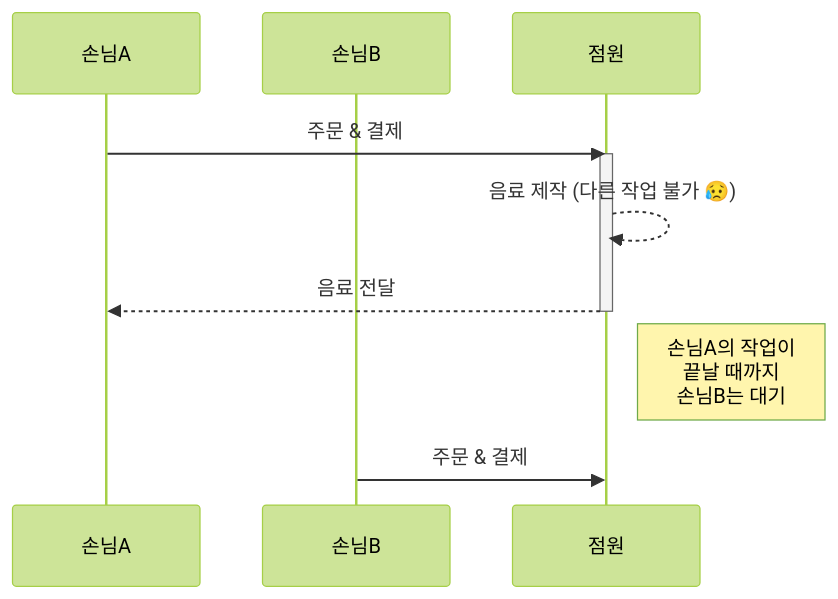
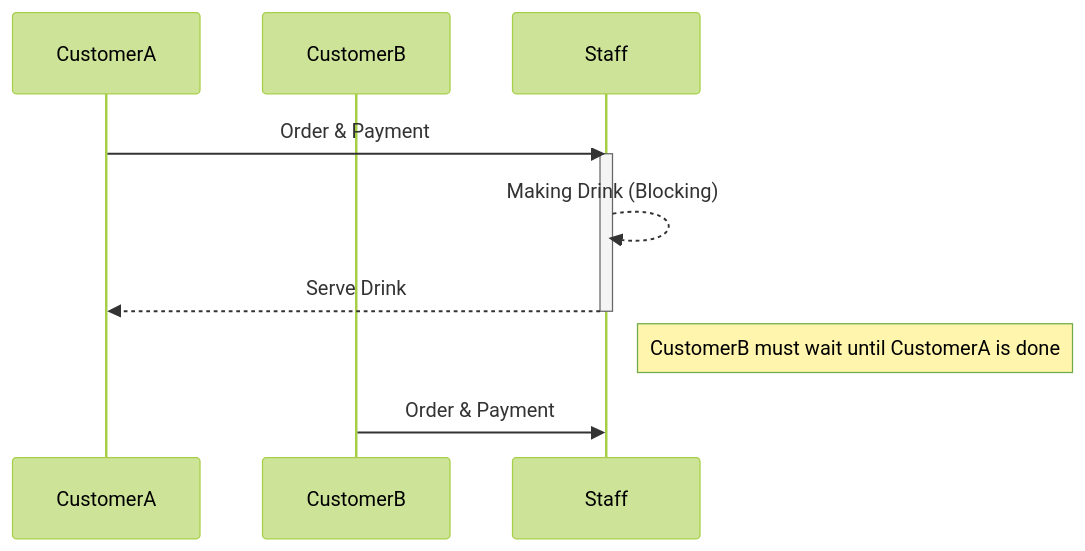
One commit to Blue-B/Blue-B.github.io changed the first of 2 diagrams in _posts/2025-07-30-Node.js-소개.md. Above: the diagram before and after it, drawn with Mermaid (forest theme). The commit also changed other lines of this file and 1 other file, not shown here.

Commit message:
fix: mermaid diagram rendering issues

````diff
--- a/_posts/2025-07-30-Node.js-소개.md
+++ b/_posts/2025-07-30-Node.js-소개.md
@@ -37,16 +37,16 @@
 ```mermaid
 sequenceDiagram
-    participant 손님A
-    participant 손님B
-    participant 점원
+    participant CustomerA
+    participant CustomerB
+    participant Staff
 
-    손님A->>점원: 주문 & 결제
-    activate 점원
-    점원-->>점원: 음료 제작 (다른 작업 불가 😥)
-    점원-->>손님A: 음료 전달
-    deactivate 점원
+    CustomerA->>Staff: Order & Payment
+    activate Staff
+    Staff-->>Staff: Making Drink (Blocking)
+    Staff-->>CustomerA: Serve Drink
+    deactivate Staff
     
-    note right of 점원: 손님A의 작업이<br/>끝날 때까지<br/>손님B는 대기
+    note right of Staff: CustomerB must wait until CustomerA is done
     
-    손님B->>점원: 주문 & 결제
+    CustomerB->>Staff: Order & Payment
 ```
````
